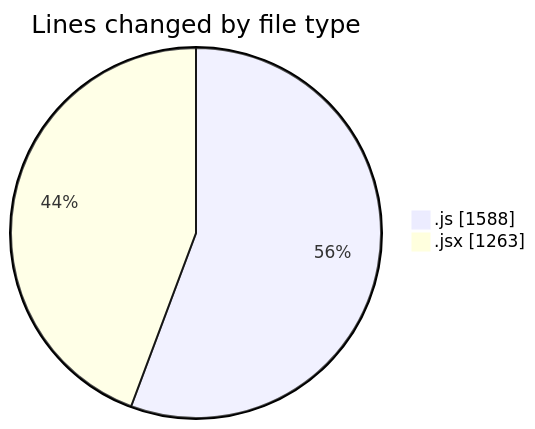
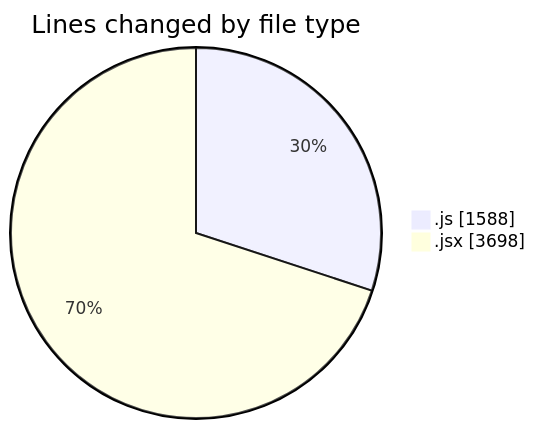
The first of 2 diagrams in 2026-01-15/nxtqube_webapp/README.md (nxtqubesakshisongat/code-tracking), drawn with Mermaid before and after one commit. The commit also changed other lines of this file and 1 other file, not shown here.

````diff
--- a/2026-01-15/nxtqube_webapp/README.md
+++ b/2026-01-15/nxtqube_webapp/README.md
@@ -24,6 +25,6 @@
 ```mermaid
 pie showData
 title Lines changed by file type
 ".js" : 1588
-".jsx" : 1263
+".jsx" : 3698
 ```
````
